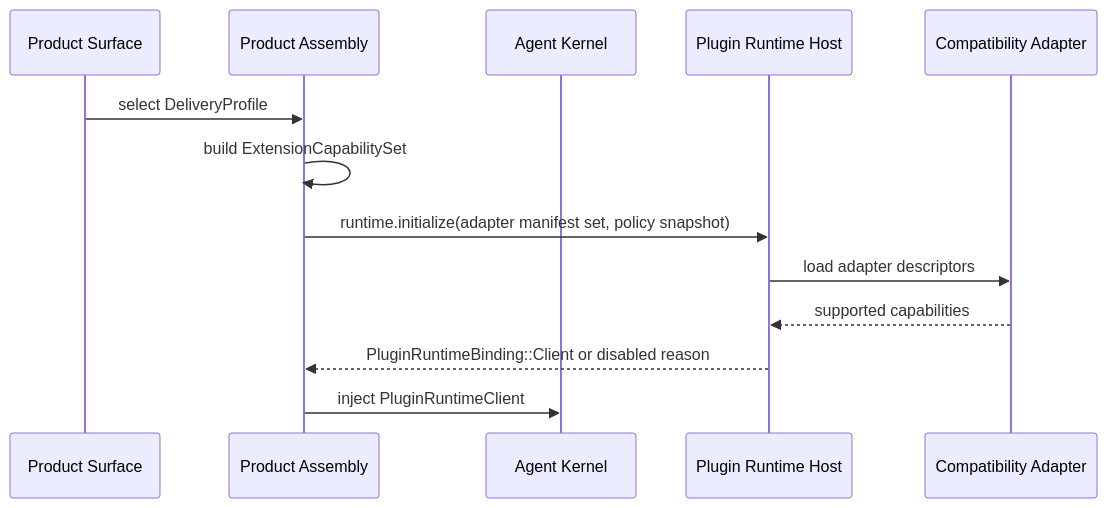
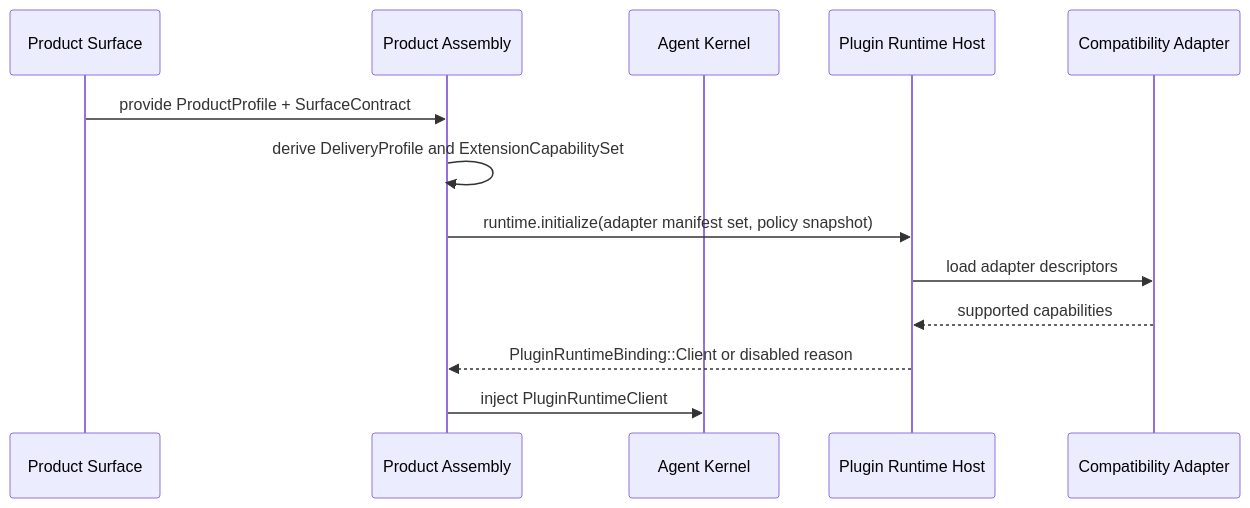
The second of 4 diagrams in docs/architecture/plugin-runtime-host-design.md (1688mengdie/BitFun), drawn with Mermaid before and after one commit. The commit also changed other lines of this file and 3 other files, not shown here.

Commit message:
docs(architecture): clarify product runtime architecture

````diff
--- a/docs/architecture/plugin-runtime-host-design.md
+++ b/docs/architecture/plugin-runtime-host-design.md
@@ -335,16 +400,16 @@
 ```mermaid
 sequenceDiagram
   participant Surface as Product Surface
   participant Assembly as Product Assembly
   participant Kernel as Agent Kernel
   participant Host as Plugin Runtime Host
   participant Adapter as Compatibility Adapter
 
-  Surface->>Assembly: select DeliveryProfile
-  Assembly->>Assembly: build ExtensionCapabilitySet
+  Surface->>Assembly: provide ProductProfile + SurfaceContract
+  Assembly->>Assembly: derive DeliveryProfile and ExtensionCapabilitySet
   Assembly->>Host: runtime.initialize(adapter manifest set, policy snapshot)
   Host->>Adapter: load adapter descriptors
   Adapter-->>Host: supported capabilities
   Host-->>Assembly: PluginRuntimeBinding::Client or disabled reason
   Assembly->>Kernel: inject PluginRuntimeClient
 ```
````
